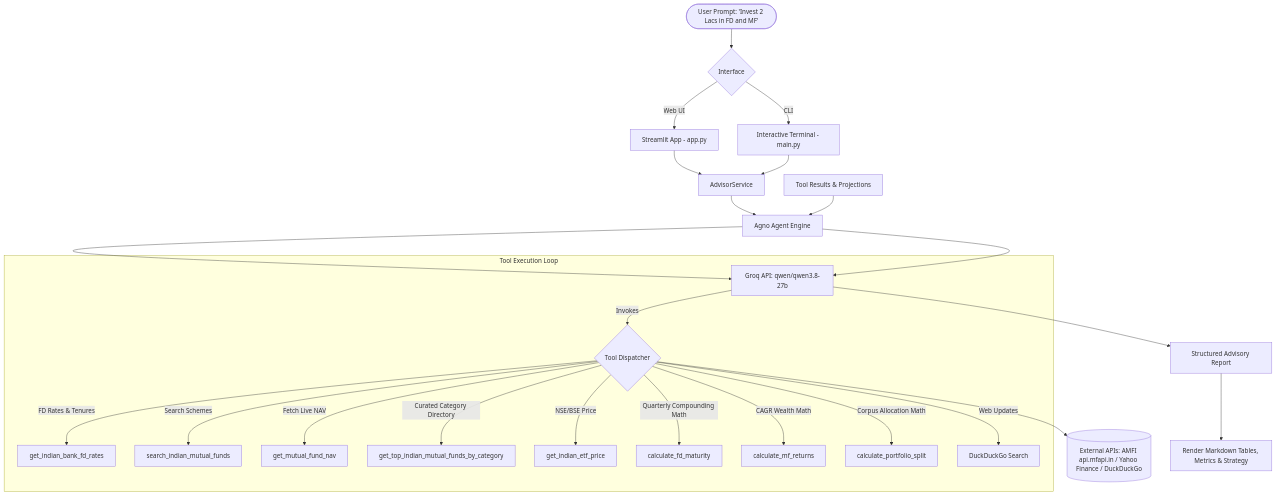
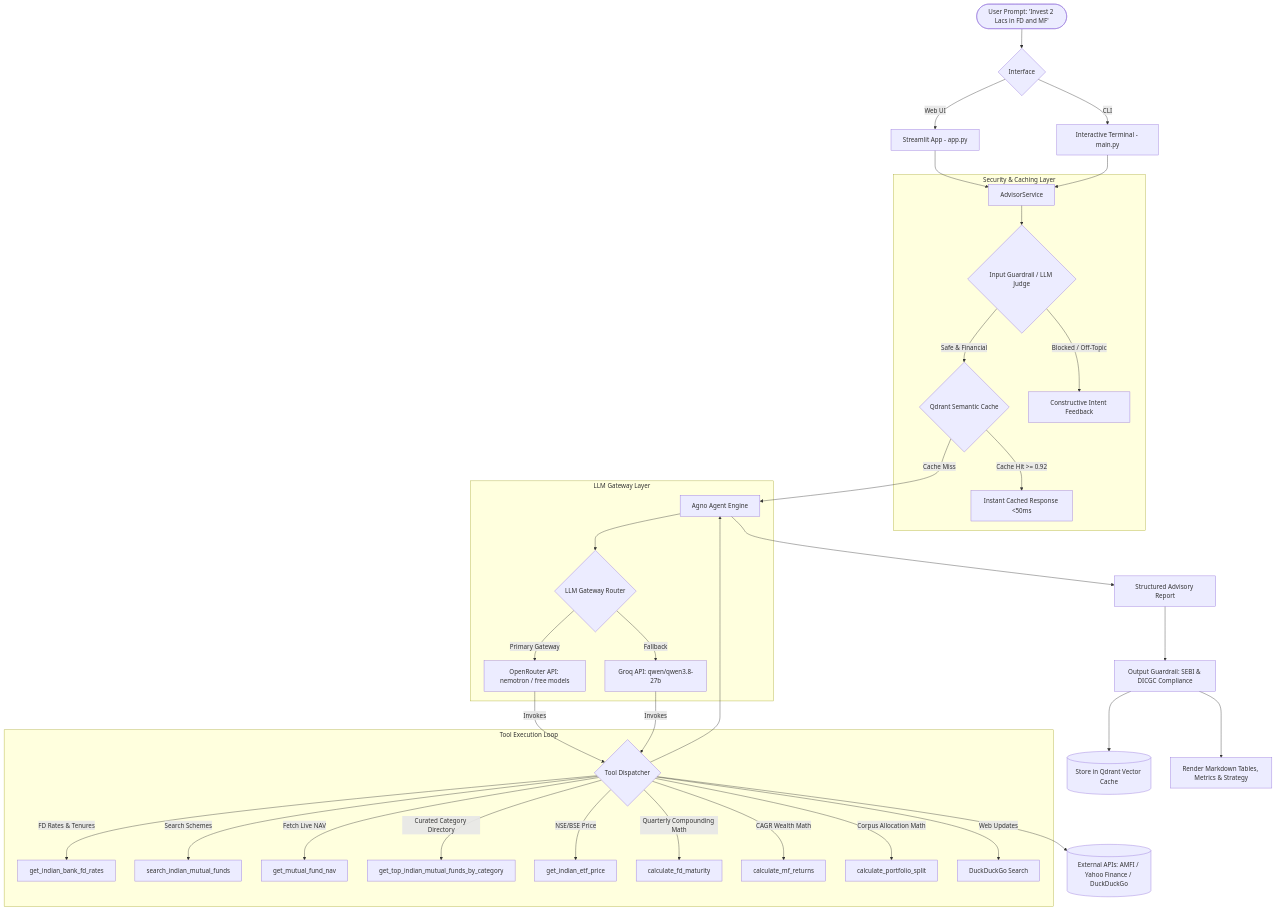
The diagram in README.md (NitinTiwari/My-Investment), drawn with Mermaid before and after one commit. The commit also changed other lines of this file and 11 other files, not shown here.

````diff
--- a/README.md
+++ b/README.md
@@ -105,31 +112,45 @@
 ```mermaid
 flowchart TD
     User([User Prompt: 'Invest 2 Lacs in FD and MF']) --> Interface{Interface}
     Interface -->|Web UI| Streamlit[Streamlit App - app.py]
     Interface -->|CLI| CLI[Interactive Terminal - main.py]
 
     Streamlit --> AdvisorService[AdvisorService]
     CLI --> AdvisorService
 
-    AdvisorService --> AgnoAgent[Agno Agent Engine]
-    AgnoAgent --> Groq[Groq API: qwen/qwen3.8-27b]
+    subgraph Security & Caching Layer
+        AdvisorService --> GuardrailCheck{Input Guardrail / LLM Judge}
+        GuardrailCheck -->|Safe & Financial| SemanticCacheCheck{Qdrant Semantic Cache}
+        GuardrailCheck -->|Blocked / Off-Topic| RejectionResp[Constructive Intent Feedback]
+        SemanticCacheCheck -->|Cache Hit >= 0.92| CachedResp[Instant Cached Response <50ms]
+    end
+
+    SemanticCacheCheck -->|Cache Miss| AgnoAgent[Agno Agent Engine]
+
+    subgraph LLM Gateway Layer
+        AgnoAgent --> LLMGateway{LLM Gateway Router}
+        LLMGateway -->|Primary Gateway| OpenRouter[OpenRouter API: nemotron / free models]
+        LLMGateway -->|Fallback| Groq[Groq API: qwen/qwen3.8-27b]
+    end
 
     subgraph Tool Execution Loop
-        Groq -->|Invokes| ToolDispatcher{Tool Dispatcher}
+        OpenRouter -->|Invokes| ToolDispatcher{Tool Dispatcher}
+        Groq -->|Invokes| ToolDispatcher
         ToolDispatcher -->|FD Rates & Tenures| BankTool[get_indian_bank_fd_rates]
         ToolDispatcher -->|Search Schemes| MFSearch[search_indian_mutual_funds]
         ToolDispatcher -->|Fetch Live NAV| MFNav[get_mutual_fund_nav]
         ToolDispatcher -->|Curated Category Directory| MFCurated[get_top_indian_mutual_funds_by_category]
         ToolDispatcher -->|NSE/BSE Price| ETFPrice[get_indian_etf_price]
         ToolDispatcher -->|Quarterly Compounding Math| FDCalc[calculate_fd_maturity]
         ToolDispatcher -->|CAGR Wealth Math| MFCalc[calculate_mf_returns]
         ToolDispatcher -->|Corpus Allocation Math| SplitCalc[calculate_portfolio_split]
         ToolDispatcher -->|Web Updates| DDG[DuckDuckGo Search]
     end
 
-    ToolDispatcher --> ExternalAPIs[(External APIs: AMFI api.mfapi.in / Yahoo Finance / DuckDuckGo)]
-    ToolExecutionResults[Tool Results & Projections] --> AgnoAgent
-    AgnoAgent --> Groq
-    Groq --> FinalReport[Structured Advisory Report]
-    FinalReport --> UIOutput[Render Markdown Tables, Metrics & Strategy]
+    ToolDispatcher --> ExternalAPIs[(External APIs: AMFI / Yahoo Finance / DuckDuckGo)]
+    ToolDispatcher --> AgnoAgent
+    AgnoAgent --> FinalReport[Structured Advisory Report]
+    FinalReport --> OutputGuardrail[Output Guardrail: SEBI & DICGC Compliance]
+    OutputGuardrail --> QdrantStore[(Store in Qdrant Vector Cache)]
+    OutputGuardrail --> UIOutput[Render Markdown Tables, Metrics & Strategy]
 ```
````
